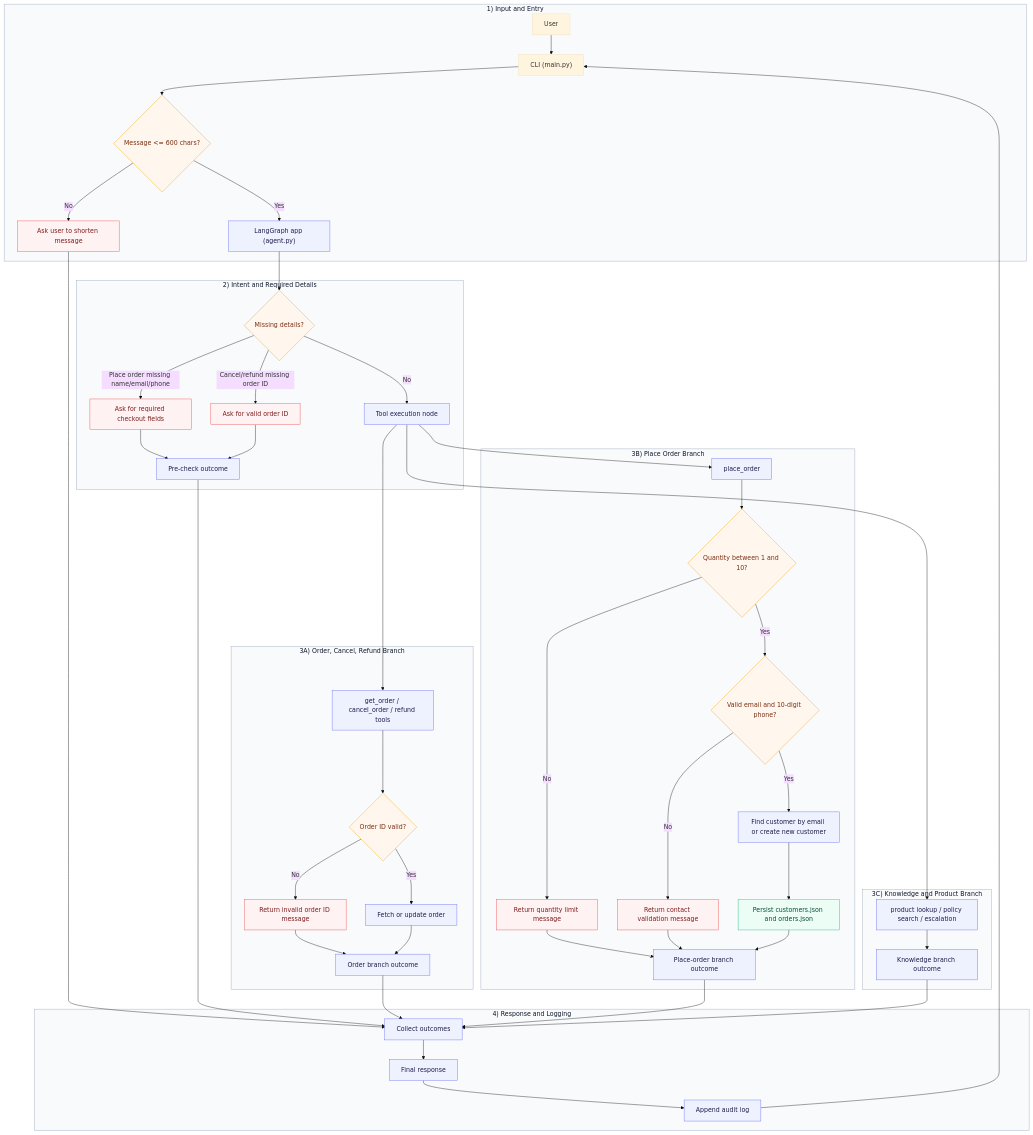
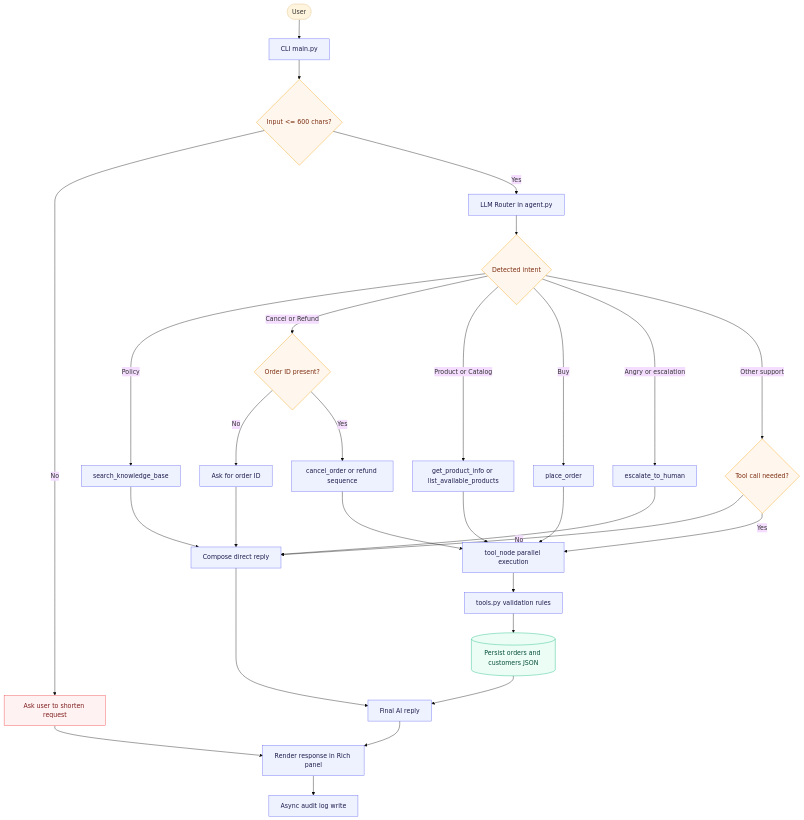
The diagram in architecture.md.mermaid (AdityaTheTechGuy/ShopWaveAgent-Hackathon26), drawn with Mermaid before and after one commit. The commit also changed 16 other files, not shown here.

Commit message:
Updated the Project Architecture

```diff
--- a/architecture.md.mermaid
+++ b/architecture.md.mermaid
@@ -1,67 +1,48 @@
 %%{init: {'theme': 'base'}}%%
 flowchart TB
-    subgraph Entry["1) Input and Entry"]
-        User["User"] --> CLI["CLI (main.py)"]
-        CLI --> InputGuard{"Message <= 600 chars?"}
-        InputGuard -- "No" --> PromptShort["Ask user to shorten message"]
-        InputGuard -- "Yes" --> Graph["LangGraph app (agent.py)"]
-    end
+    User([User]) --> CLI[CLI main.py]
+    CLI --> Guard{"Input <= 600 chars?"}
+    Guard -- No --> ShortMsg[Ask user to shorten request]
+    Guard -- Yes --> Router[LLM Router in agent.py]
 
-    subgraph PreCheck["2) Intent and Required Details"]
-        Graph --> IntentCheck{"Missing details?"}
-        IntentCheck -- "Place order missing name/email/phone" --> AskCheckout["Ask for required checkout fields"]
-        IntentCheck -- "Cancel/refund missing order ID" --> AskOrderId["Ask for valid order ID"]
-        IntentCheck -- "No" --> ToolNode["Tool execution node"]
-        AskCheckout --> PrecheckResult["Pre-check outcome"]
-        AskOrderId --> PrecheckResult
-    end
+    Router --> Intent{"Detected intent"}
 
-    subgraph OrderBranch["3A) Order, Cancel, Refund Branch"]
-        ToolNode --> OrderTools["get_order / cancel_order / refund tools"]
-        OrderTools --> OrderIdGuard{"Order ID valid?"}
-        OrderIdGuard -- "No" --> IdError["Return invalid order ID message"]
-        OrderIdGuard -- "Yes" --> OrderOps["Fetch or update order"]
-        IdError --> OrderResult["Order branch outcome"]
-        OrderOps --> OrderResult
-    end
+    Intent -- Policy --> PolicyTool[search_knowledge_base]
+    Intent -- Cancel or Refund --> Precheck{"Order ID present?"}
+    Intent -- Product or Catalog --> ProductTool[get_product_info or list_available_products]
+    Intent -- Buy --> PlaceOrderTool[place_order]
+    Intent -- Angry or escalation --> EscalateTool[escalate_to_human]
+    Intent -- Other support --> ToolDecision{"Tool call needed?"}
 
-    subgraph PlaceBranch["3B) Place Order Branch"]
-        ToolNode --> PlaceOrder["place_order"]
-        PlaceOrder --> QtyGuard{"Quantity between 1 and 10?"}
-        QtyGuard -- "No" --> QtyError["Return quantity limit message"]
-        QtyGuard -- "Yes" --> ContactGuard{"Valid email and 10-digit phone?"}
-        ContactGuard -- "No" --> ContactError["Return contact validation message"]
-        ContactGuard -- "Yes" --> CustomerFlow["Find customer by email or create new customer"]
-        CustomerFlow --> Persist["Persist customers.json and orders.json"]
-        QtyError --> PlaceResult["Place-order branch outcome"]
-        ContactError --> PlaceResult
-        Persist --> PlaceResult
-    end
+    Precheck -- No --> AskOrderID[Ask for order ID]
+    Precheck -- Yes --> OrderTools[cancel_order or refund sequence]
 
-    subgraph KnowledgeBranch["3C) Knowledge and Product Branch"]
-        ToolNode --> OtherTools["product lookup / policy search / escalation"]
-        OtherTools --> KnowledgeResult["Knowledge branch outcome"]
-    end
+    ToolDecision -- No --> DirectReply[Compose direct reply]
+    ToolDecision -- Yes --> ToolNode[tool_node parallel execution]
 
-    subgraph Exit["4) Response and Logging"]
-        PromptShort --> Gather["Collect outcomes"]
-        PrecheckResult --> Gather
-        OrderResult --> Gather
-        PlaceResult --> Gather
-        KnowledgeResult --> Gather
-        Gather --> Response["Final response"]
-        Response --> Audit["Append audit log"]
-        Audit --> CLI
-    end
+    PolicyTool --> DirectReply
+    AskOrderID --> DirectReply
+    EscalateTool --> DirectReply
 
-    classDef stage fill:#f8fafc,stroke:#94a3b8,color:#0f172a,stroke-width:1px;
+    OrderTools --> ToolNode
+    ProductTool --> ToolNode
+    PlaceOrderTool --> ToolNode
+
+    ToolNode --> Rules[tools.py validation rules]
+    Rules --> Persist[(Persist orders and customers JSON)]
+    Persist --> FinalReply[Final AI reply]
+    DirectReply --> FinalReply
+
+    ShortMsg --> Render[Render response in Rich panel]
+    FinalReply --> Render
+    Render --> Audit[Async audit log write]
+
     classDef guard fill:#fff7ed,stroke:#f59e0b,color:#7c2d12,stroke-width:1px;
     classDef action fill:#eef2ff,stroke:#6366f1,color:#1e1b4b,stroke-width:1px;
     classDef data fill:#ecfdf5,stroke:#10b981,color:#064e3b,stroke-width:1px;
     classDef warn fill:#fef2f2,stroke:#ef4444,color:#7f1d1d,stroke-width:1px;
 
-    class Entry,PreCheck,OrderBranch,PlaceBranch,KnowledgeBranch,Exit stage;
-    class InputGuard,IntentCheck,OrderIdGuard,QtyGuard,ContactGuard guard;
-    class Graph,ToolNode,OrderTools,PlaceOrder,OtherTools,OrderOps,CustomerFlow,PrecheckResult,OrderResult,PlaceResult,KnowledgeResult,Gather,Response,Audit action;
+    class Guard,Intent,Precheck,ToolDecision guard;
+    class CLI,Router,PolicyTool,OrderTools,ProductTool,PlaceOrderTool,EscalateTool,ToolNode,Rules,FinalReply,DirectReply,Render,Audit,AskOrderID action;
     class Persist data;
-    class PromptShort,AskCheckout,AskOrderId,IdError,QtyError,ContactError warn;
+    class ShortMsg warn;
```
